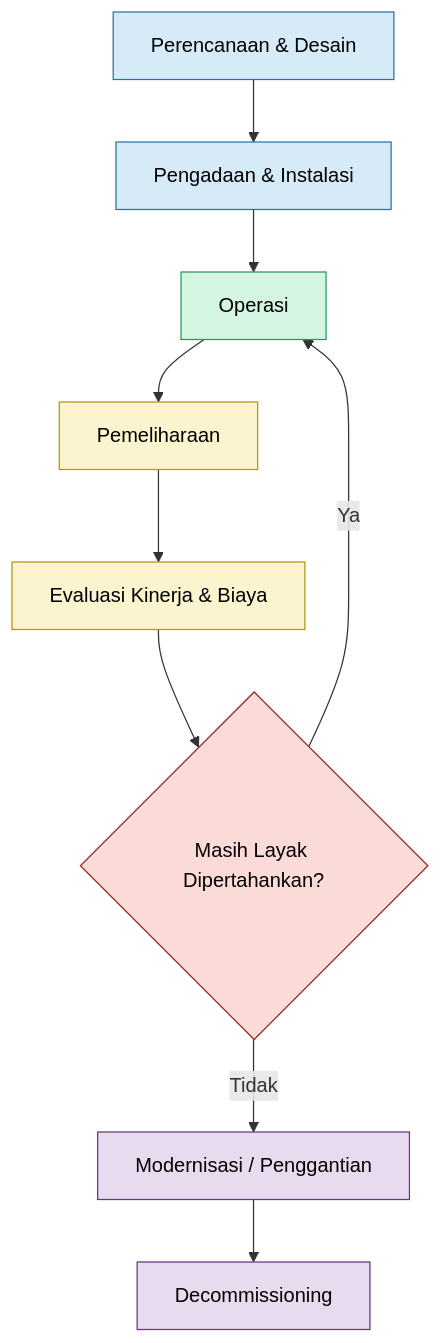
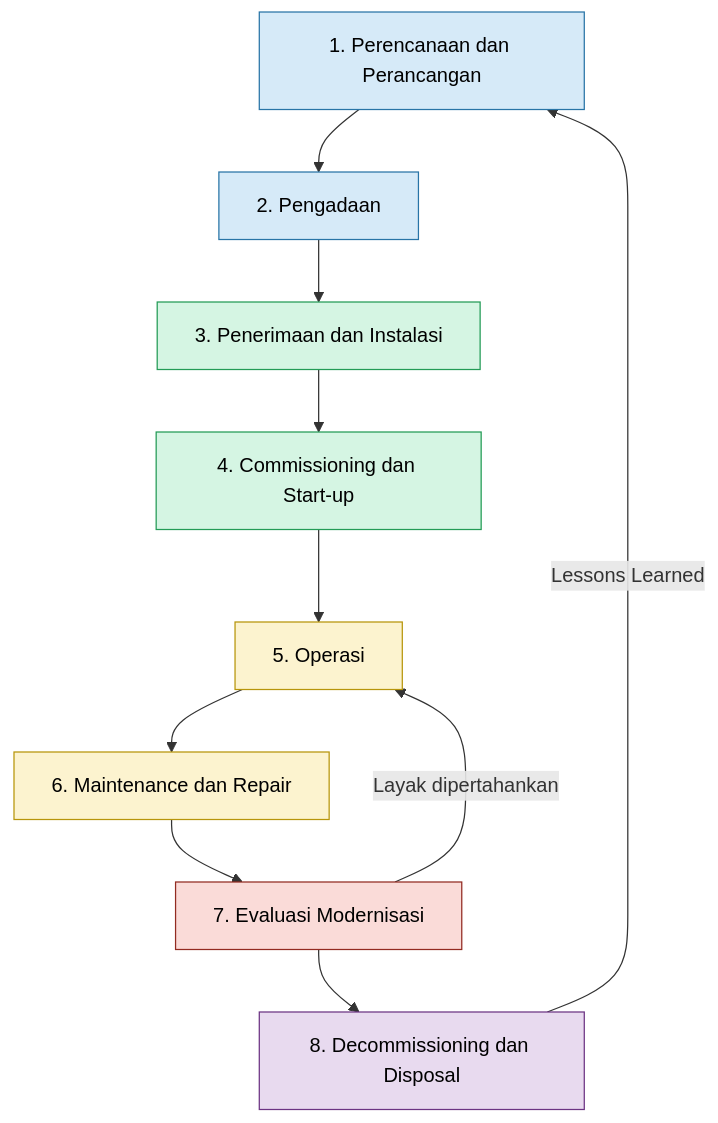
Before and after one commit to slametsampon/mx-core: the second of 10 diagrams in plugins/mx-core-docs/src/content/blog/maintenance/lifecycle-aset.mdx, drawn with Mermaid. The commit also changed other lines of this file and 1 other file, not shown here.

Commit message:
mx-core-docs: upgrade mermaid for cpm, lifecycle

````diff
--- a/plugins/mx-core-docs/src/content/blog/maintenance/lifecycle-aset.mdx
+++ b/plugins/mx-core-docs/src/content/blog/maintenance/lifecycle-aset.mdx
@@ -198,23 +126,25 @@
 ```mermaid
 flowchart TD
-    A[Perencanaan & Desain] --> B[Pengadaan & Instalasi]
-    B --> C[Operasi]
-    C --> D[Pemeliharaan]
-    D --> E[Evaluasi Kinerja & Biaya]
-    E --> F{Masih Layak Dipertahankan?}
-    F -->|Ya| C
-    F -->|Tidak| G[Modernisasi / Penggantian]
-    G --> H[Decommissioning]
+    A["1. Perencanaan dan Perancangan"] --> B["2. Pengadaan"]
+    B --> C["3. Penerimaan dan Instalasi"]
+    C --> D["4. Commissioning dan Start-up"]
+    D --> E["5. Operasi"]
+    E --> F["6. Maintenance dan Repair"]
+    F --> G["7. Evaluasi Modernisasi"]
+    G --> H["8. Decommissioning dan Disposal"]
 
-    classDef blue fill:#D6EAF8,stroke:#2874A6,color:#000;
-    classDef green fill:#D5F5E3,stroke:#239B56,color:#000;
-    classDef yellow fill:#FCF3CF,stroke:#B7950B,color:#000;
-    classDef red fill:#FADBD8,stroke:#922B21,color:#000;
-    classDef purple fill:#E8DAEF,stroke:#6C3483,color:#000;
+    G -->|Layak dipertahankan| E
+    H -->|Lessons Learned| A
 
-    class A,B blue;
-    class C green;
-    class D,E yellow;
-    class F red;
-    class G,H purple;
+    classDef plan fill:#D6EAF8,stroke:#2874A6,color:#000;
+    classDef execute fill:#D5F5E3,stroke:#239B56,color:#000;
+    classDef operate fill:#FCF3CF,stroke:#B7950B,color:#000;
+    classDef decide fill:#FADBD8,stroke:#922B21,color:#000;
+    classDef retire fill:#E8DAEF,stroke:#6C3483,color:#000;
+
+    class A,B plan;
+    class C,D execute;
+    class E,F operate;
+    class G decide;
+    class H retire;
 ```
````
